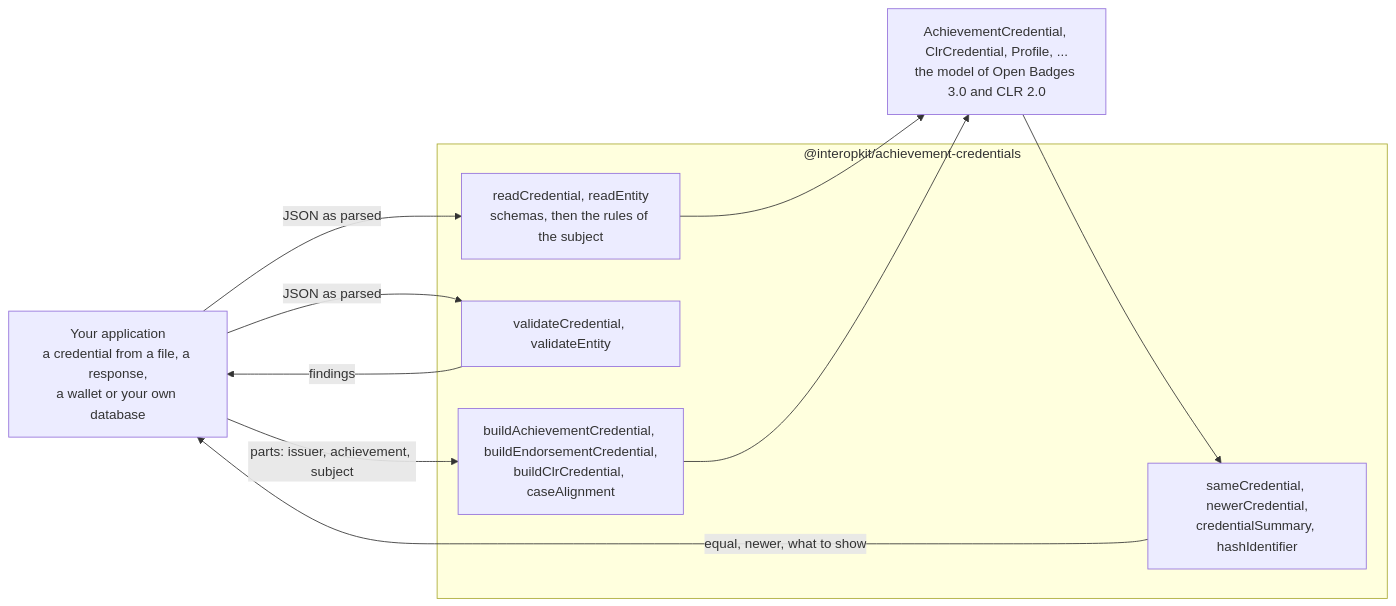
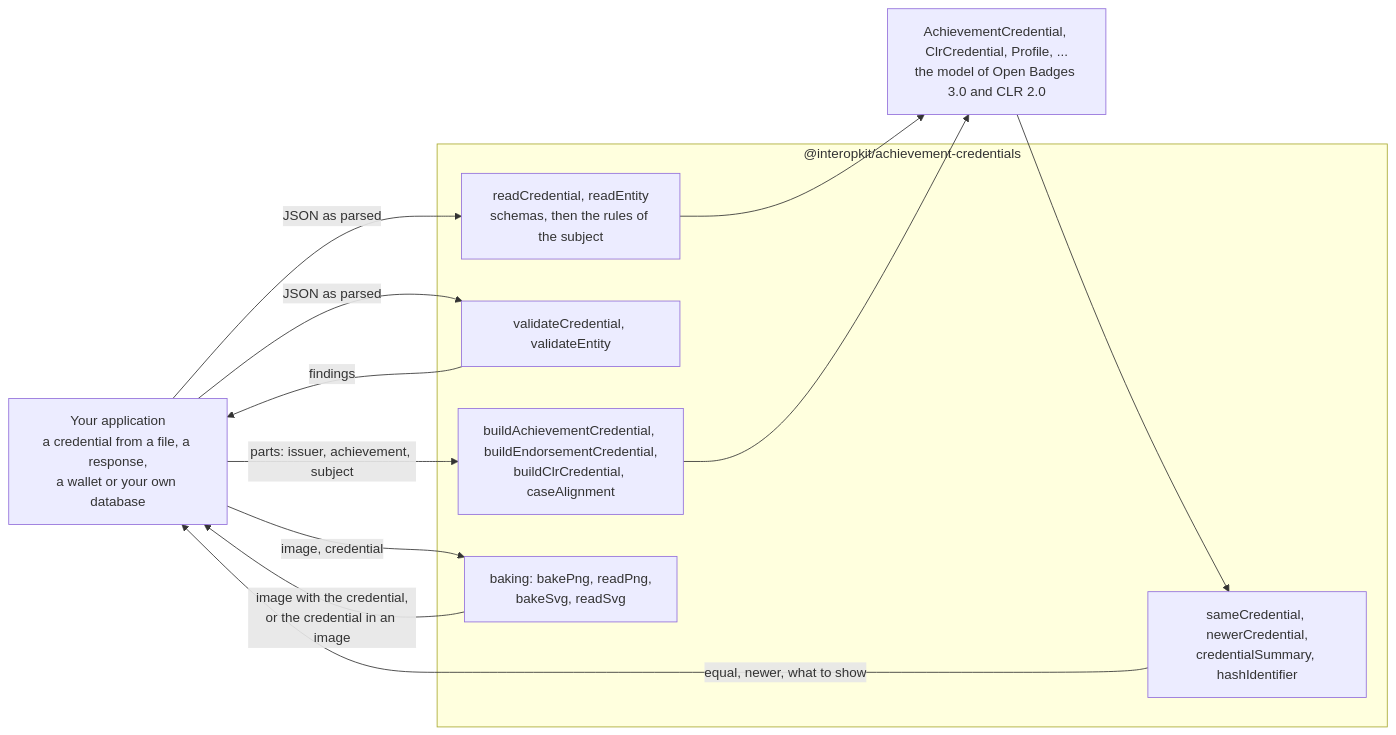
Before and after one commit to interopkit/interopkit: the diagram in packages/achievement-credentials/README.md, drawn with Mermaid. The commit also changed other lines of this file and 37 other files, not shown here.

First line of the commit message:
Add baking to achievement-credentials: credentials in PNG and SVG images

````diff
--- a/packages/achievement-credentials/README.md
+++ b/packages/achievement-credentials/README.md
@@ -10,19 +11,22 @@
 ```mermaid
 flowchart LR
   host["Your application<br/>a credential from a file, a response,<br/>a wallet or your own database"]
   subgraph pkg["@interopkit/achievement-credentials"]
     read["readCredential, readEntity<br/>schemas, then the rules of the subject"]
     validate["validateCredential, validateEntity"]
     build["buildAchievementCredential, buildEndorsementCredential,<br/>buildClrCredential, caseAlignment"]
     compare["sameCredential, newerCredential,<br/>credentialSummary, hashIdentifier"]
+    baking["baking: bakePng, readPng,<br/>bakeSvg, readSvg"]
   end
   model["AchievementCredential, ClrCredential, Profile, ...<br/>the model of Open Badges 3.0 and CLR 2.0"]
   host -->|"JSON as parsed"| read
   read --> model
   host -->|"JSON as parsed"| validate
   validate -->|"findings"| host
   host -->|"parts: issuer, achievement, subject"| build
   build --> model
   model --> compare
   compare -->|"equal, newer, what to show"| host
+  host -->|"image, credential"| baking
+  baking -->|"image with the credential,<br/>or the credential in an image"| host
 ```
````
